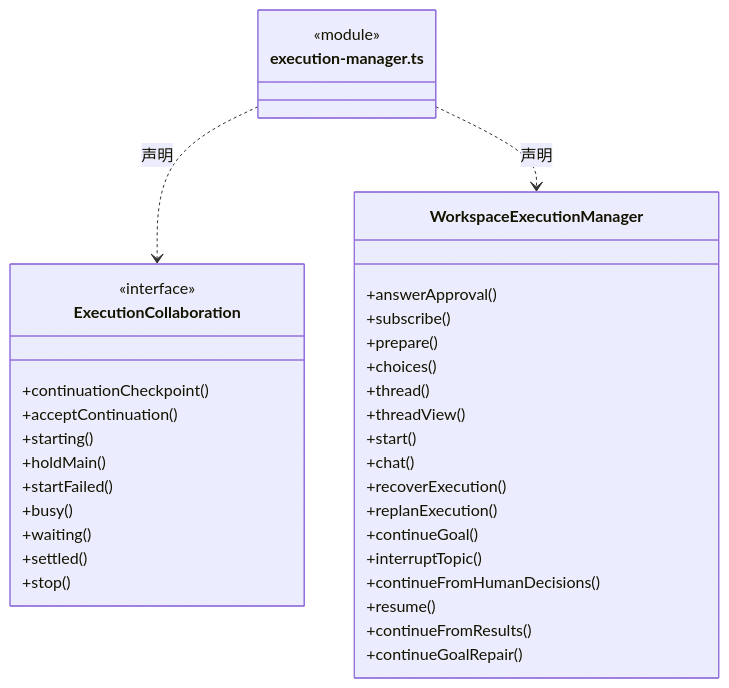
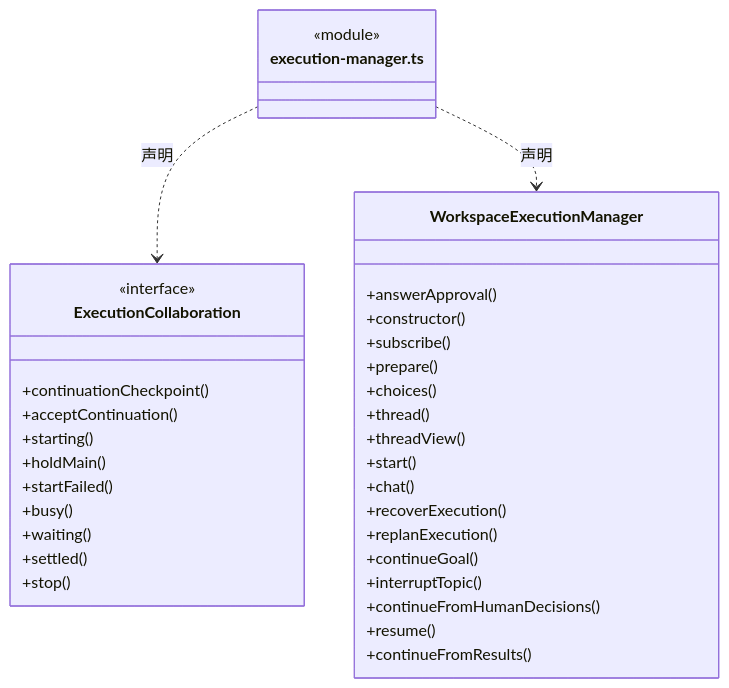
The third of 12 diagrams in src/logic/conversation/runtime/ARCHITECTURE.md (nan023062/cbim), drawn with Mermaid before and after one commit. The commit also changed other lines of this file and 139 other files, not shown here.

Commit message:
docs(architecture): add source reading paths and complete file inventories

````diff
--- a/src/logic/conversation/runtime/ARCHITECTURE.md
+++ b/src/logic/conversation/runtime/ARCHITECTURE.md
@@ -104,38 +108,38 @@
 ```mermaid
 classDiagram
 class N_src_logic_conversation_runtime_execution_manager_ts["execution-manager.ts"] {
   <<module>>
 }
 class N_src_logic_conversation_runtime_execution_manager_ts_ExecutionCollaboration["ExecutionCollaboration"] {
   <<interface>>
   +continuationCheckpoint()
   +acceptContinuation()
   +starting()
   +holdMain()
   +startFailed()
   +busy()
   +waiting()
   +settled()
   +stop()
 }
 N_src_logic_conversation_runtime_execution_manager_ts ..> N_src_logic_conversation_runtime_execution_manager_ts_ExecutionCollaboration : 声明
 class N_src_logic_conversation_runtime_execution_manager_ts_WorkspaceExecutionManager["WorkspaceExecutionManager"] {
   +answerApproval()
+  +constructor()
   +subscribe()
   +prepare()
   +choices()
   +thread()
   +threadView()
   +start()
   +chat()
   +recoverExecution()
   +replanExecution()
   +continueGoal()
   +interruptTopic()
   +continueFromHumanDecisions()
   +resume()
   +continueFromResults()
-  +continueGoalRepair()
 }
 N_src_logic_conversation_runtime_execution_manager_ts ..> N_src_logic_conversation_runtime_execution_manager_ts_WorkspaceExecutionManager : 声明
 ```
````
